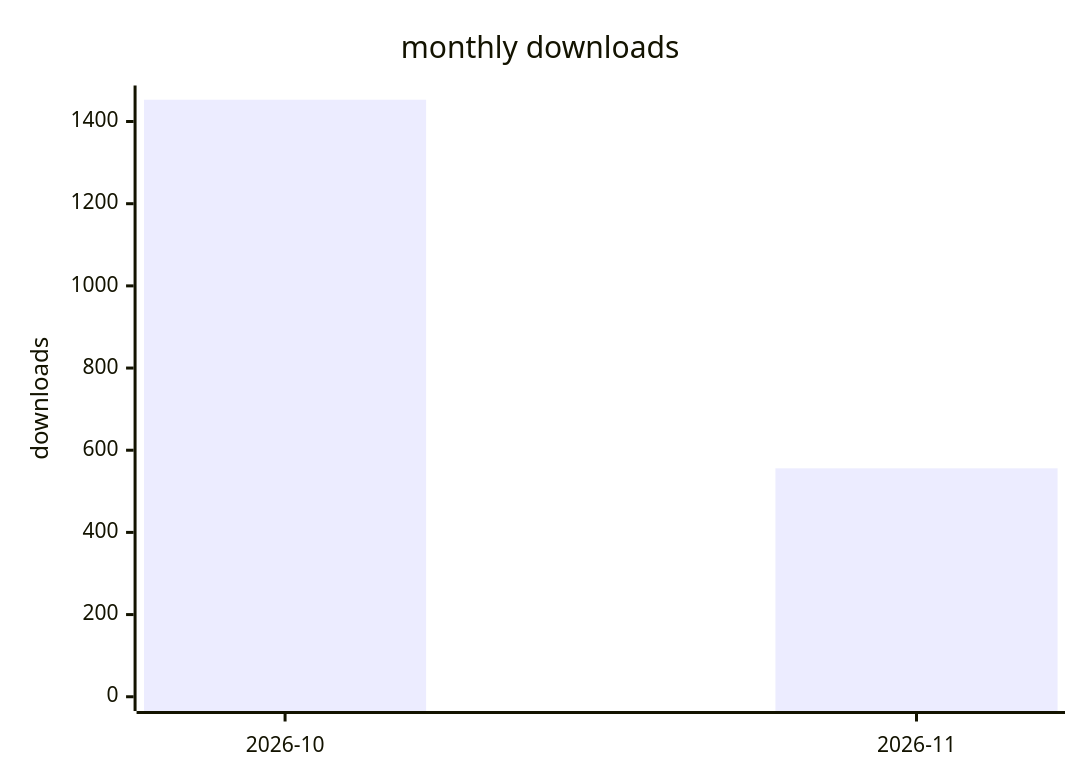
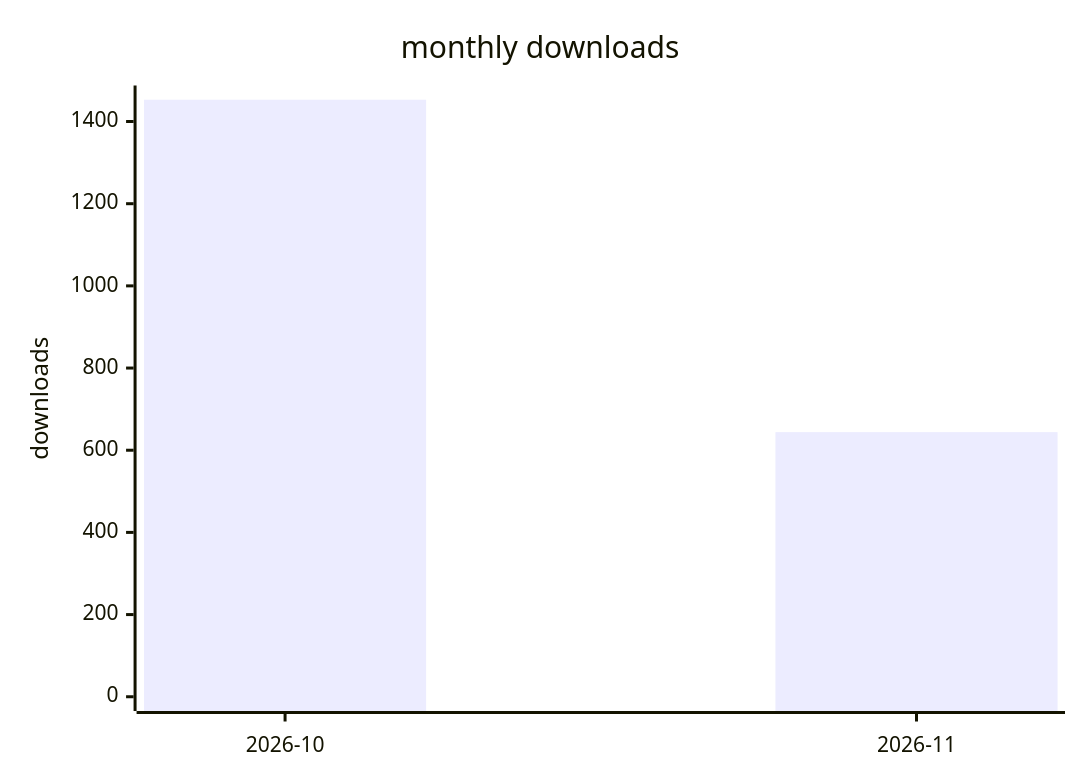
Before and after one commit to terry2010/dsh-loop-recover: the second of 2 diagrams in docs/downloads-2026.md, drawn with Mermaid. The commit also changed other lines of this file and 1 other file, not shown here.

````diff
--- a/docs/downloads-2026.md
+++ b/docs/downloads-2026.md
@@ -29,7 +29,7 @@
 ```mermaid
 xychart-beta
     title "monthly downloads"
     x-axis ["2026-10", "2026-11"]
     y-axis "downloads" 0 --> 1453
-    bar [1453, 556]
+    bar [1453, 644]
 ```
````
